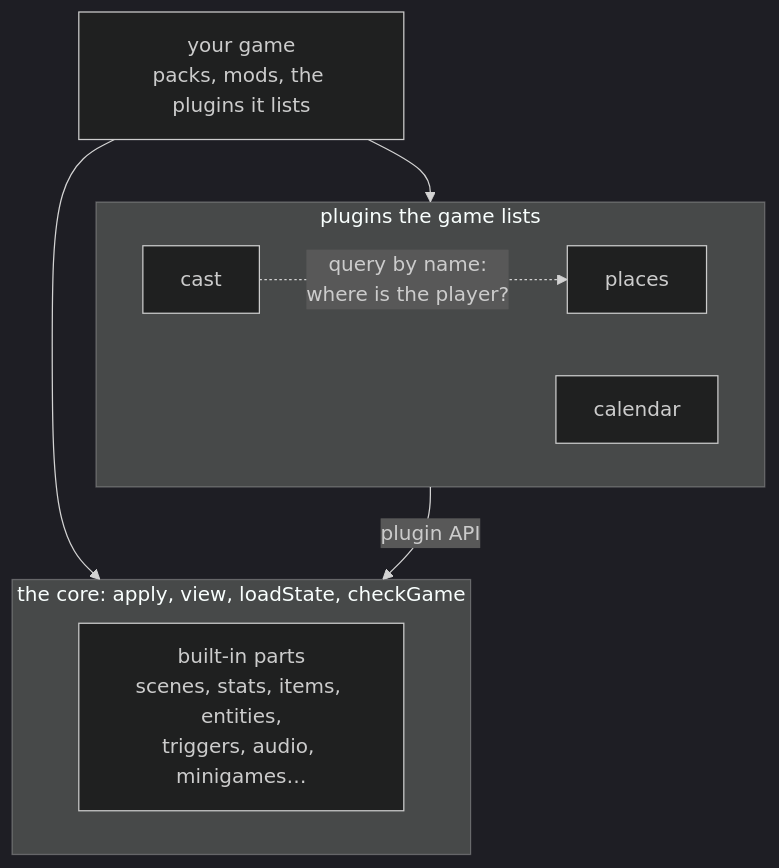
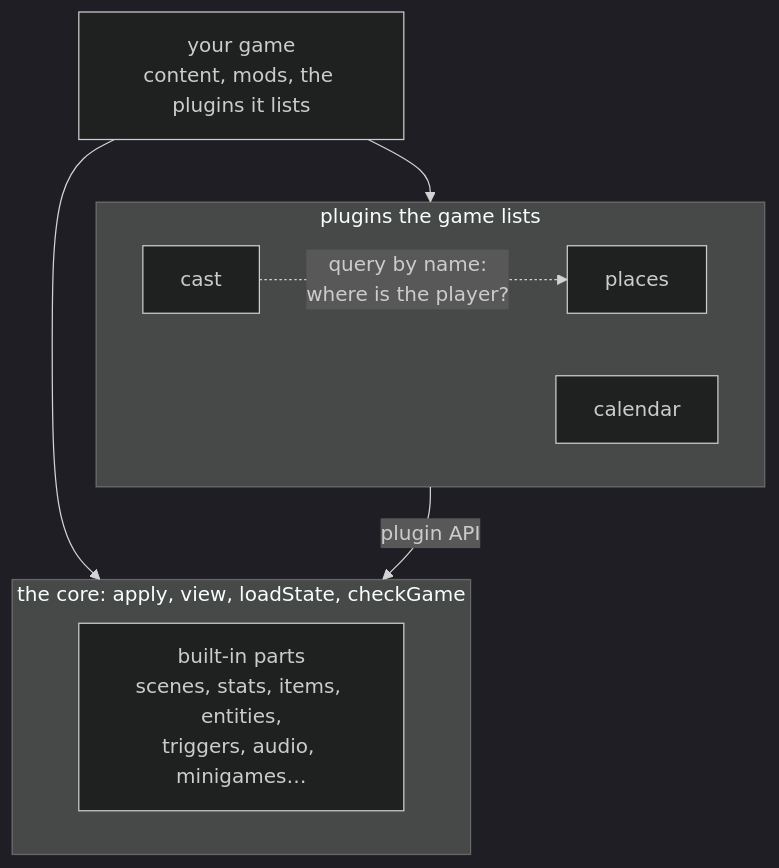
The diagram in site/content/docs/(latest)/guide/concepts.md (IFLoom/ifloom), drawn with Mermaid (dark theme) before and after one commit. The commit also changed other lines of this file and 58 other files, not shown here.

First line of the commit message:
Docs: your files are content, packs come from outside

````diff
--- a/site/content/docs/(latest)/guide/concepts.md
+++ b/site/content/docs/(latest)/guide/concepts.md
@@ -134,16 +134,16 @@
 ```mermaid
 flowchart TD
-  game["your game<br/>packs, mods, the plugins it lists"]
+  game["your game<br/>content, mods, the plugins it lists"]
   subgraph core["the core: apply, view, loadState, checkGame"]
     parts["built-in parts<br/>scenes, stats, items, entities,<br/>triggers, audio, minigames…"]
   end
   subgraph chosen["plugins the game lists"]
     places["places"]
     cast["cast"]
     calendar["calendar"]
   end
   game --> core
   game --> chosen
   chosen -- plugin API --> core
   cast -. "query by name:<br/>where is the player?" .-> places
 ```
````
